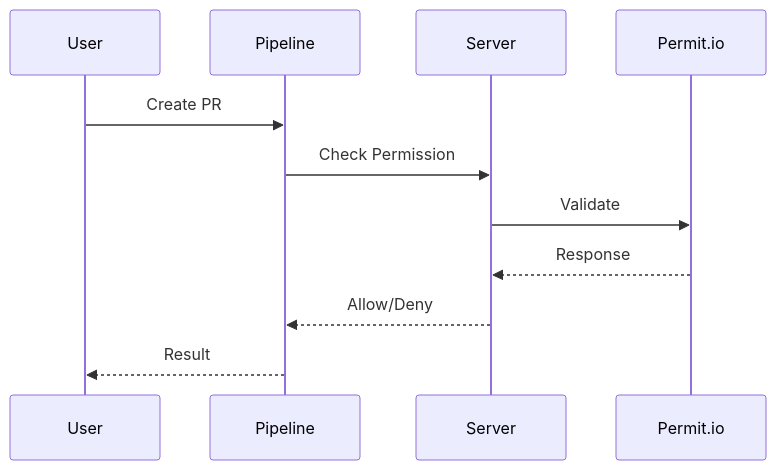
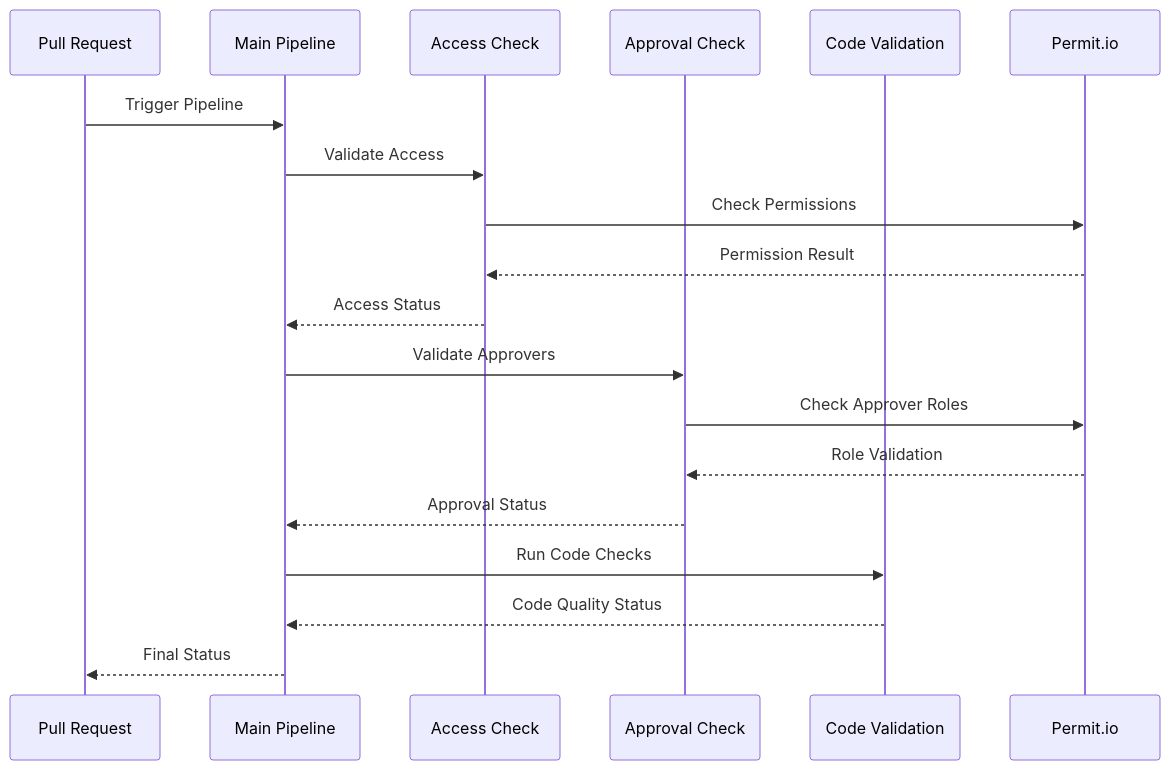
One commit to shivamkapasia0/PermiForce changed the ninth of 11 diagrams in README.md. Above: the diagram before and after it, drawn with Mermaid. The commit also changed other lines of this file, not shown here.

Commit message:
Enhance README.md with detailed core concepts, user roles, and permission hierarchy. Improve clarity on security controls, pipeline flow, and error handling practices.

````diff
--- a/README.md
+++ b/README.md
@@ -525,25 +496,25 @@
 ```mermaid
+sequenceDiagram
+    participant PR as Pull Request
+    participant MP as Main Pipeline
+    participant AC as Access Check
+    participant AP as Approval Check
+    participant CV as Code Validation
+    participant P as Permit.io
 
-sequenceDiagram
-
-participant U as User
-
-participant P as Pipeline
-
-participant S as Server
-
-participant D as Permit.io
-
-U->>P: Create PR
-
-P->>S: Check Permission
-
-S->>D: Validate
-
-D-->>S: Response
-
-S-->>P: Allow/Deny
-
-P-->>U: Result
-
+    PR->>MP: Trigger Pipeline
+    MP->>AC: Validate Access
+    AC->>P: Check Permissions
+    P-->>AC: Permission Result
+    AC-->>MP: Access Status
+    
+    MP->>AP: Validate Approvers
+    AP->>P: Check Approver Roles
+    P-->>AP: Role Validation
+    AP-->>MP: Approval Status
+    
+    MP->>CV: Run Code Checks
+    CV-->>MP: Code Quality Status
+    
+    MP-->>PR: Final Status
 ```
````
